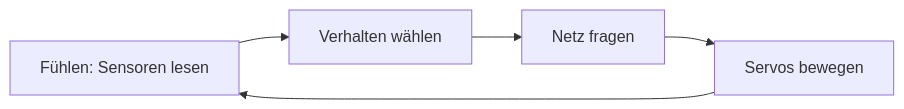
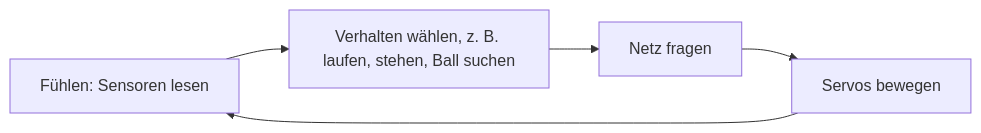
Before and after one commit to ChristianHohlfeld/kernengine.de: the fourth of 4 diagrams in kern/docs/buch-gelb/08-spiel-laufzeit.md, drawn with Mermaid. The commit also changed other lines of this file and 7 other files, not shown here.

````diff
--- a/kern/docs/buch-gelb/08-spiel-laufzeit.md
+++ b/kern/docs/buch-gelb/08-spiel-laufzeit.md
@@ -473,7 +503,7 @@
 ```mermaid
 flowchart LR
-  S[Fühlen: Sensoren lesen] --> V[Verhalten wählen]
+  S[Fühlen: Sensoren lesen] --> V["Verhalten wählen, z. B. laufen, stehen, Ball suchen"]
   V --> N[Netz fragen]
   N --> M[Servos bewegen]
   M --> S
 ```
````
